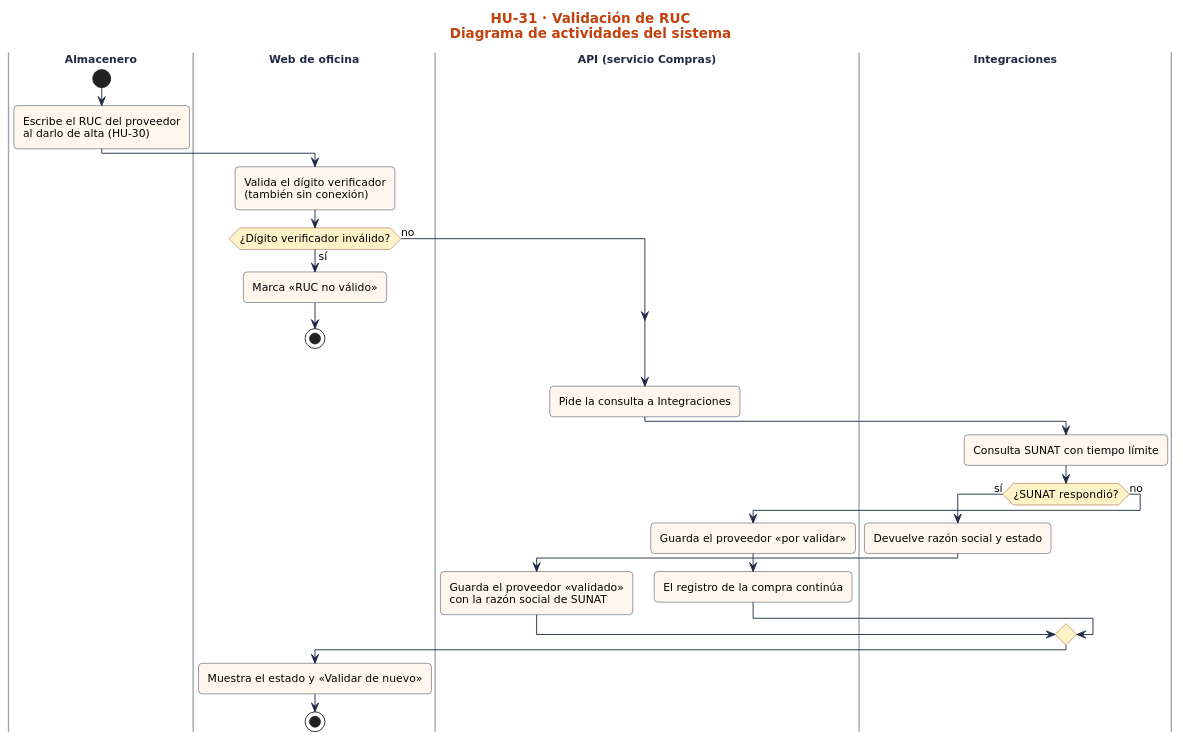
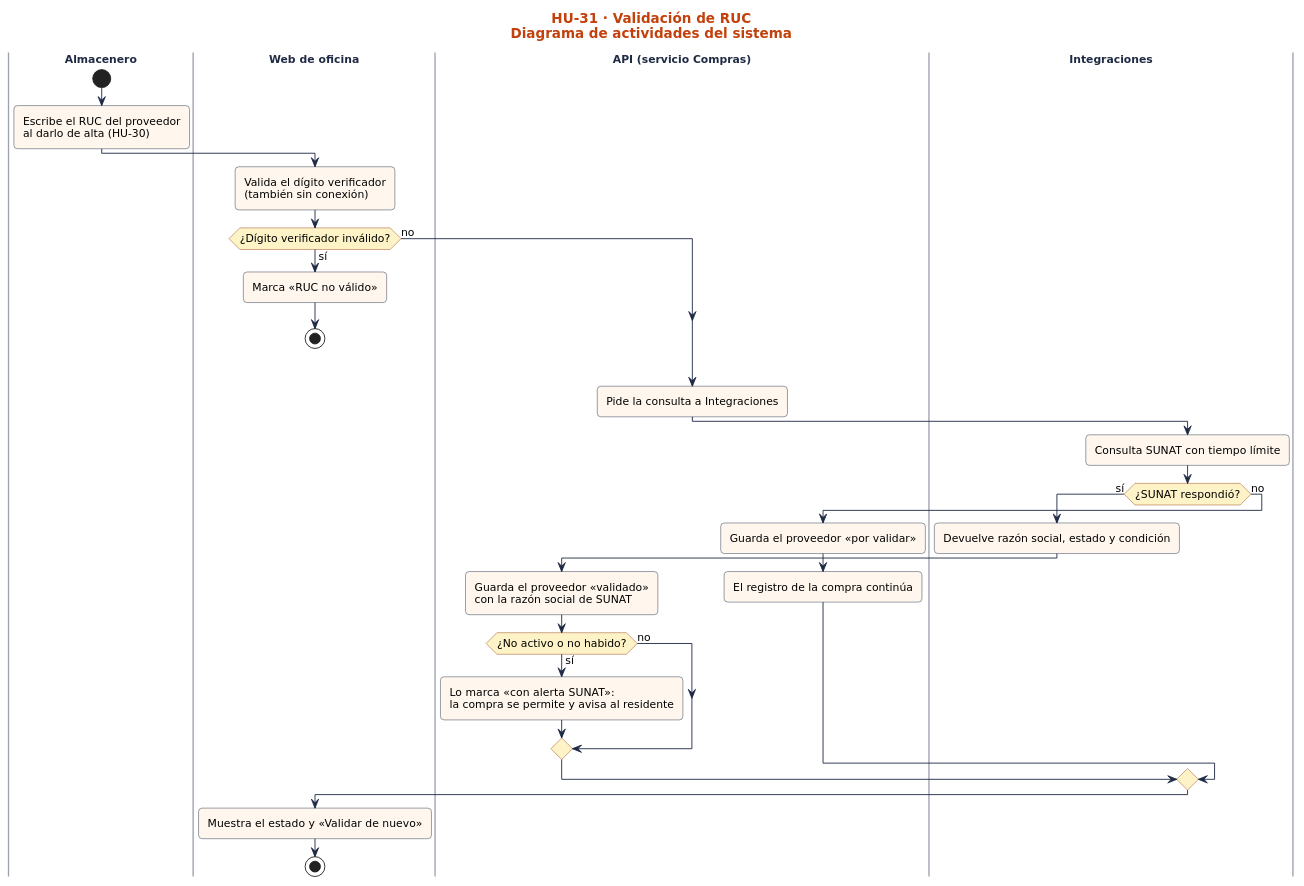
One commit to nandoestebanif/sevens-sigro changed the diagram in docs/sprint-2/diagramas-hu/hu-31-validacion-de-ruc/actividades.puml. Above: the diagram before and after it, drawn with PlantUML. The commit also changed 56 other files, not shown here.

First line of the commit message:
docs(sprint-2): diagramas a medida de 12 HU, estados E06/E07/E12 y guía de Adiel

```diff
--- a/docs/sprint-2/diagramas-hu/hu-31-validacion-de-ruc/actividades.puml
+++ b/docs/sprint-2/diagramas-hu/hu-31-validacion-de-ruc/actividades.puml
@@ -1,61 +1,66 @@
 @startuml
 skinparam defaultFontName "DejaVu Sans"
 skinparam defaultFontSize 12
 skinparam shadowing false
 skinparam roundCorner 8
 skinparam ArrowColor #1F2A44
 skinparam ActivityBorderColor #1F2A44
 skinparam ActivityBackgroundColor #FFF7ED
 skinparam ActivityDiamondBackgroundColor #FEF3C7
 skinparam ActivityDiamondBorderColor #92400E
 skinparam SwimlaneTitleFontStyle bold
 skinparam SwimlaneTitleFontColor #1F2A44
 skinparam SwimlaneBorderColor #9CA3AF
 skinparam PartitionBorderColor #9CA3AF
 skinparam ParticipantBorderColor #1F2A44
 skinparam ParticipantBackgroundColor #FFF7ED
 skinparam ActorBorderColor #1F2A44
 skinparam ActorBackgroundColor #FFF7ED
 skinparam DatabaseBorderColor #1F2A44
 skinparam DatabaseBackgroundColor #E0E7FF
 skinparam SequenceLifeLineBorderColor #9CA3AF
 skinparam SequenceGroupBorderColor #C2410C
 skinparam SequenceGroupHeaderFontColor #C2410C
 skinparam StateBorderColor #1F2A44
 skinparam StateBackgroundColor #FFF7ED
 skinparam StateStartColor #1F2A44
 skinparam StateEndColor #1F2A44
 skinparam NoteBackgroundColor #F3F4F6
 skinparam NoteBorderColor #9CA3AF
 skinparam TitleFontSize 15
 skinparam TitleFontColor #C2410C
 skinparam ClassBorderColor #1F2A44
 skinparam ClassBackgroundColor #FFF7ED
+
 title HU-31 · Validación de RUC\nDiagrama de actividades del sistema
 |Almacenero|
 start
 :Escribe el RUC del proveedor\nal darlo de alta (HU-30);
 |Web de oficina|
 :Valida el dígito verificador\n(también sin conexión);
 if (¿Dígito verificador inválido?) then (sí)
   :Marca «RUC no válido»;
   stop
 else (no)
 endif
 |API (servicio Compras)|
 :Pide la consulta a Integraciones;
 |Integraciones|
 :Consulta SUNAT con tiempo límite;
 if (¿SUNAT respondió?) then (sí)
-  :Devuelve razón social y estado;
+  :Devuelve razón social, estado y condición;
   |API (servicio Compras)|
   :Guarda el proveedor «validado»\ncon la razón social de SUNAT;
+  if (¿No activo o no habido?) then (sí)
+    :Lo marca «con alerta SUNAT»:\nla compra se permite y avisa al residente;
+  else (no)
+  endif
 else (no)
   |API (servicio Compras)|
   :Guarda el proveedor «por validar»;
   :El registro de la compra continúa;
 endif
 |Web de oficina|
 :Muestra el estado y «Validar de nuevo»;
 stop
 @enduml
```
